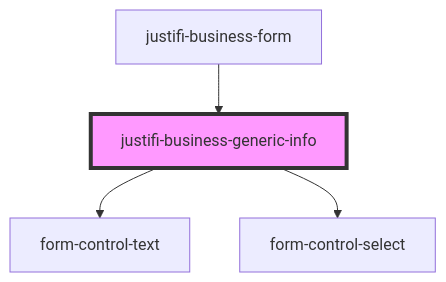
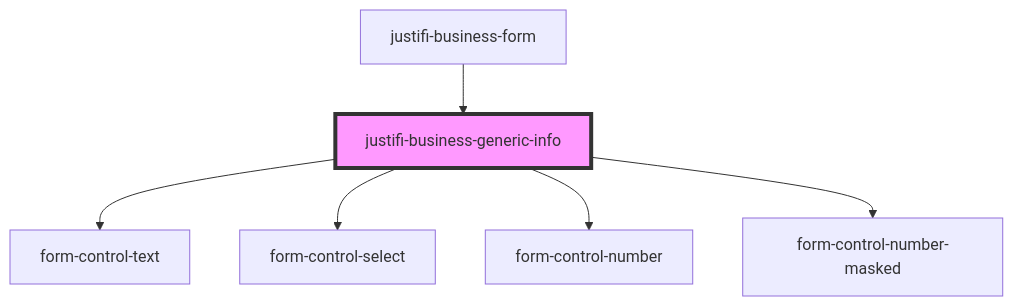
The diagram in stencil-library/src/components/business-form/business-generic-info/readme.md (justifi-tech/web-component-library), drawn with Mermaid before and after one commit. The commit also changed other lines of this file and 18 other files, not shown here.

````diff
--- a/stencil-library/src/components/business-form/business-generic-info/readme.md
+++ b/stencil-library/src/components/business-form/business-generic-info/readme.md
@@ -27,7 +29,9 @@
 ```mermaid
 graph TD;
   justifi-business-generic-info --> form-control-text
   justifi-business-generic-info --> form-control-select
+  justifi-business-generic-info --> form-control-number
+  justifi-business-generic-info --> form-control-number-masked
   justifi-business-form --> justifi-business-generic-info
   style justifi-business-generic-info fill:#f9f,stroke:#333,stroke-width:4px
 ```
````
